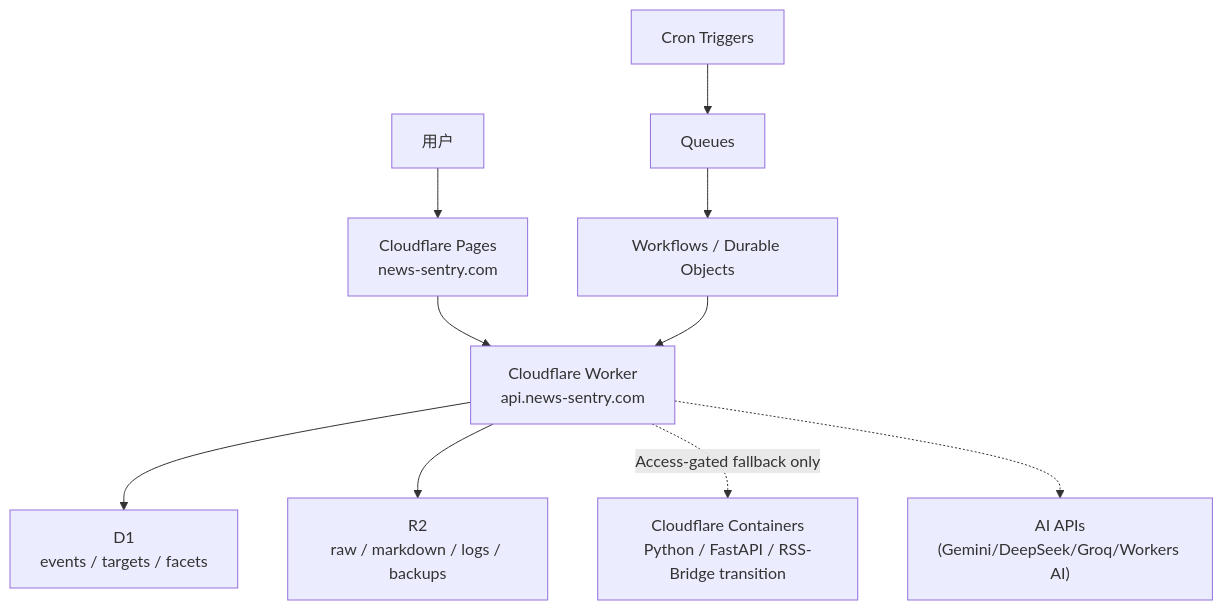
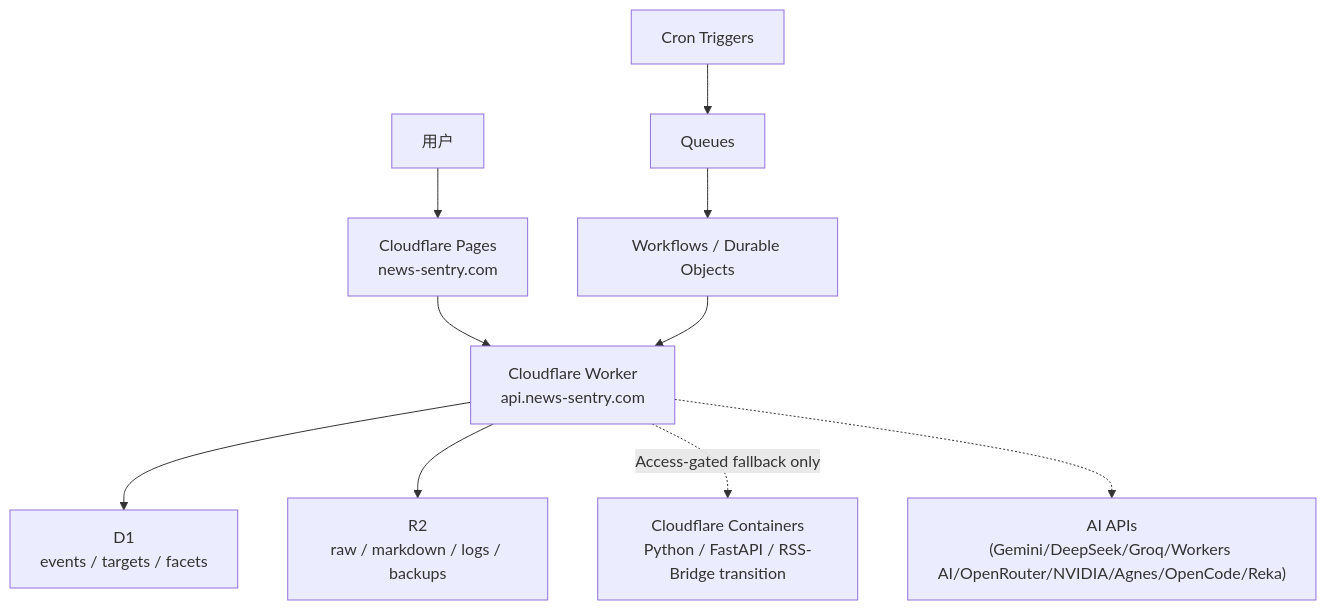
The third of 3 diagrams in docs/architecture.md (XucroYuri/NewsSentry), drawn with Mermaid before and after one commit. The commit also changed other lines of this file and 91 other files, not shown here.

````diff
--- a/docs/architecture.md
+++ b/docs/architecture.md
@@ -281,12 +294,12 @@
 ```mermaid
 flowchart TB
     USER["用户"] --> PAGES["Cloudflare Pages<br/>news-sentry.com"]
     PAGES --> WORKER["Cloudflare Worker<br/>api.news-sentry.com"]
     WORKER --> D1["D1<br/>events / targets / facets"]
     WORKER --> R2["R2<br/>raw / markdown / logs / backups"]
     CRON["Cron Triggers"] --> QUEUE["Queues"]
     QUEUE --> FLOW["Workflows / Durable Objects"]
     FLOW --> WORKER
     WORKER -. "Access-gated fallback only" .-> C["Cloudflare Containers<br/>Python / FastAPI / RSS-Bridge transition"]
-    WORKER -.-> API["AI APIs<br/>(Gemini/DeepSeek/Groq/Workers AI)"]
+    WORKER -.-> API["AI APIs<br/>(Gemini/DeepSeek/Groq/Workers AI/OpenRouter/NVIDIA/Agnes/OpenCode/Reka)"]
 ```
````
